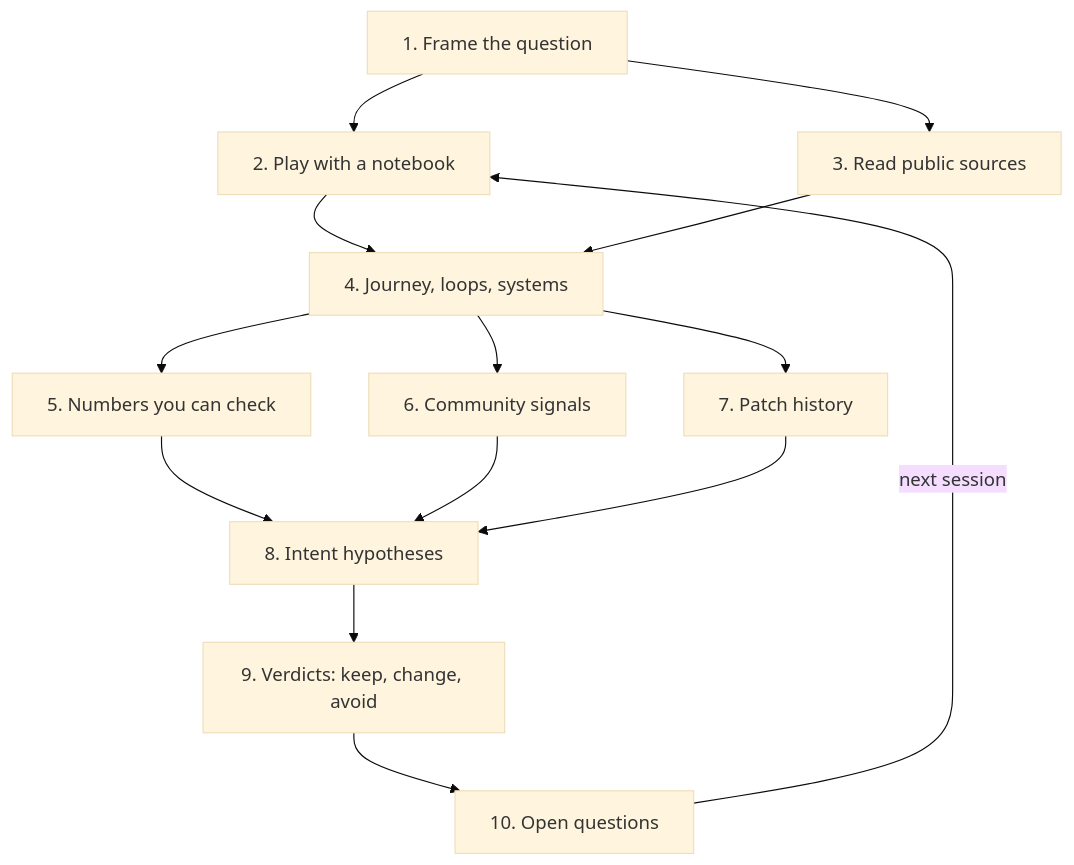
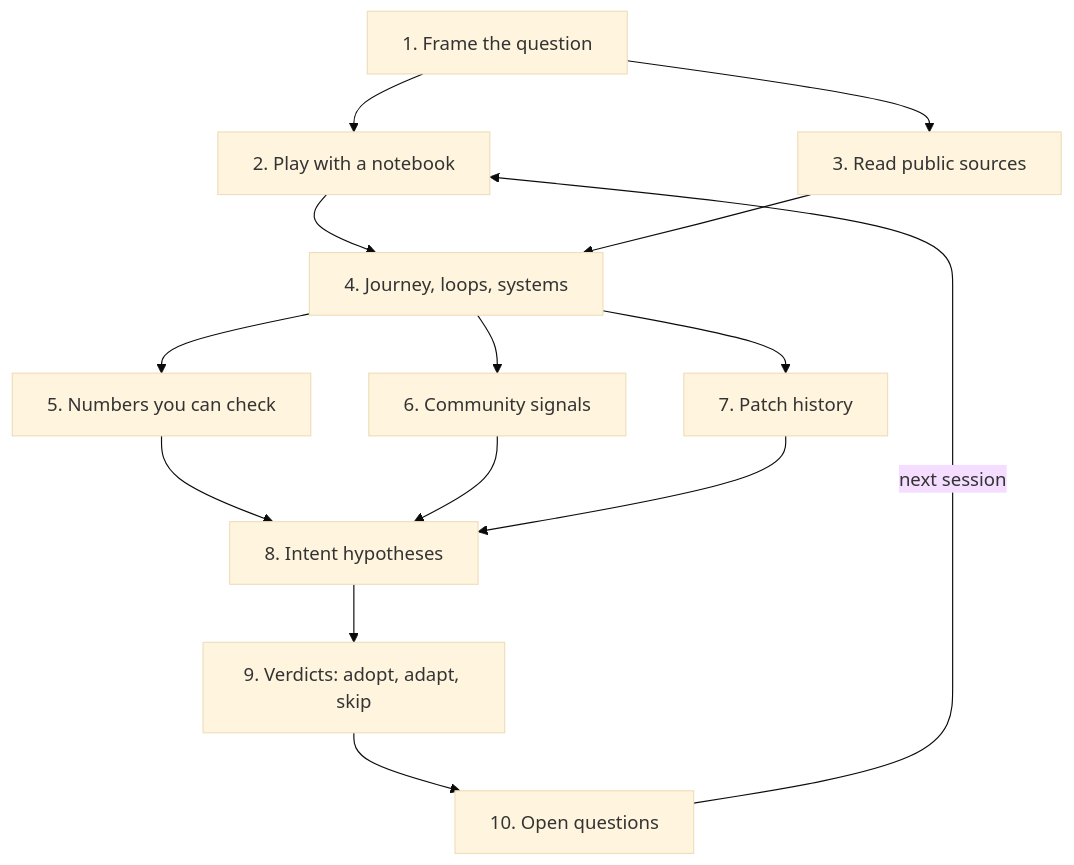
The second of 3 diagrams in game-design/04-studying-a-reference-game.md (huytrongnguyen/game-design-and-development), drawn with Mermaid (base theme) before and after one commit. The commit also changed other lines of this file and 31 other files, not shown here.

````diff
--- a/game-design/04-studying-a-reference-game.md
+++ b/game-design/04-studying-a-reference-game.md
@@ -50,16 +50,16 @@
 ```mermaid
 flowchart TB
     A["1. Frame the question"] --> B["2. Play with a notebook"]
     A --> C["3. Read public sources"]
     B --> D["4. Journey, loops, systems"]
     C --> D
     D --> E["5. Numbers you can check"]
     D --> F["6. Community signals"]
     D --> G["7. Patch history"]
     E --> H["8. Intent hypotheses"]
     F --> H
     G --> H
-    H --> I["9. Verdicts: keep, change, avoid"]
+    H --> I["9. Verdicts: adopt, adapt, skip"]
     I --> J["10. Open questions"]
     J -->|"next session"| B
 ```
````
